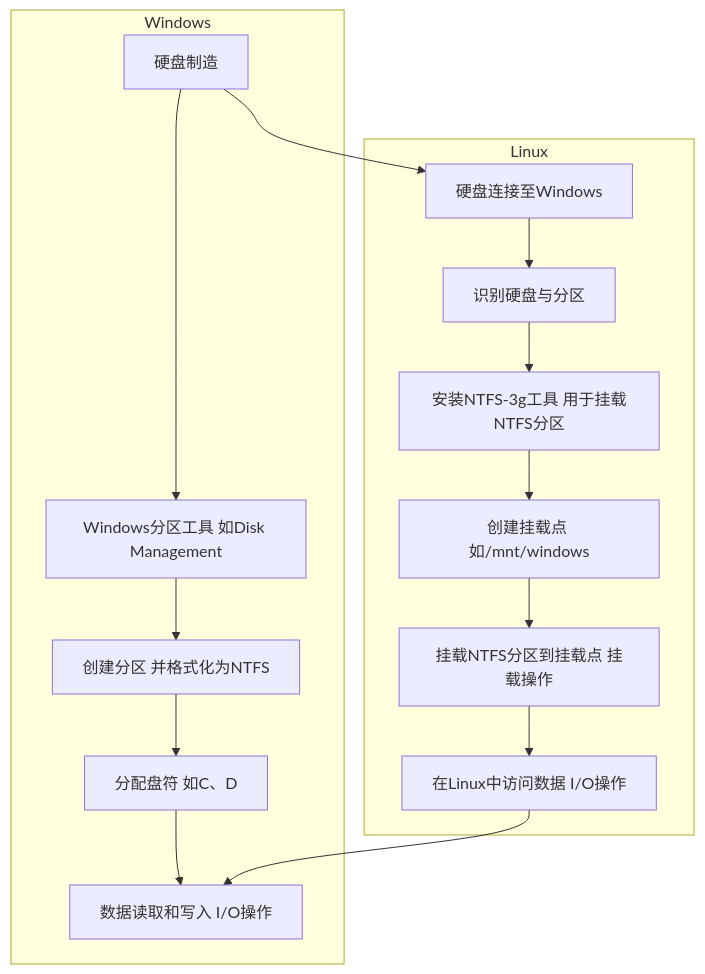
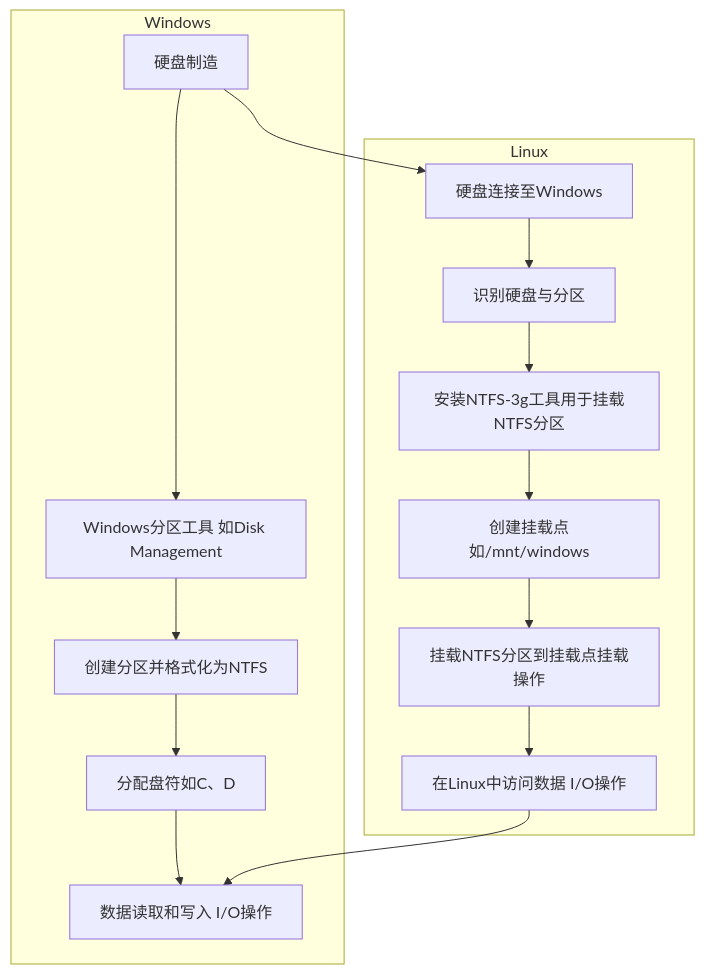
Before and after one commit to xiongsircool/xiongbook: the second of 2 diagrams in _posts/2023-9-28-mount-disk-to-dir-unbuntu.md, drawn with Mermaid.

Commit message:
更新一次

```diff
--- a/_posts/2023-9-28-mount-disk-to-dir-unbuntu.md
+++ b/_posts/2023-9-28-mount-disk-to-dir-unbuntu.md
@@ -208,20 +208,20 @@
 <div class="mermaid">
   graph TD;
   subgraph Windows
     A[硬盘制造] --> B[Windows分区工具 如Disk Management];
-    B --> C[创建分区 并格式化为NTFS];
-    C --> D[分配盘符 如C、D];
+    B --> C[创建分区并格式化为NTFS];
+    C --> D[分配盘符如C、D];
     D --> E[存储数据至NTFS分区 I/O操作];
   end
 
   subgraph Linux
-    F[Linux操作系统 如Ubuntu];
+    F[Linux操作系统如Ubuntu];
     F --> G[识别硬盘与分区];
-    G --> H[安装NTFS-3g工具 用于挂载NTFS分区];
-    H --> I[创建挂载点 如/mnt/windows];
-    I --> J[挂载NTFS分区到挂载点 挂载操作];
+    G --> H[安装NTFS-3g工具用于挂载NTFS分区];
+    H --> I[创建挂载点如/mnt/windows];
+    I --> J[挂载NTFS分区到挂载点挂载操作];
     J --> K[在Linux中访问数据 I/O操作];
   end
   A --> F[硬盘连接至Windows];
   K --> E[数据读取和写入 I/O操作];
 </div>
```
